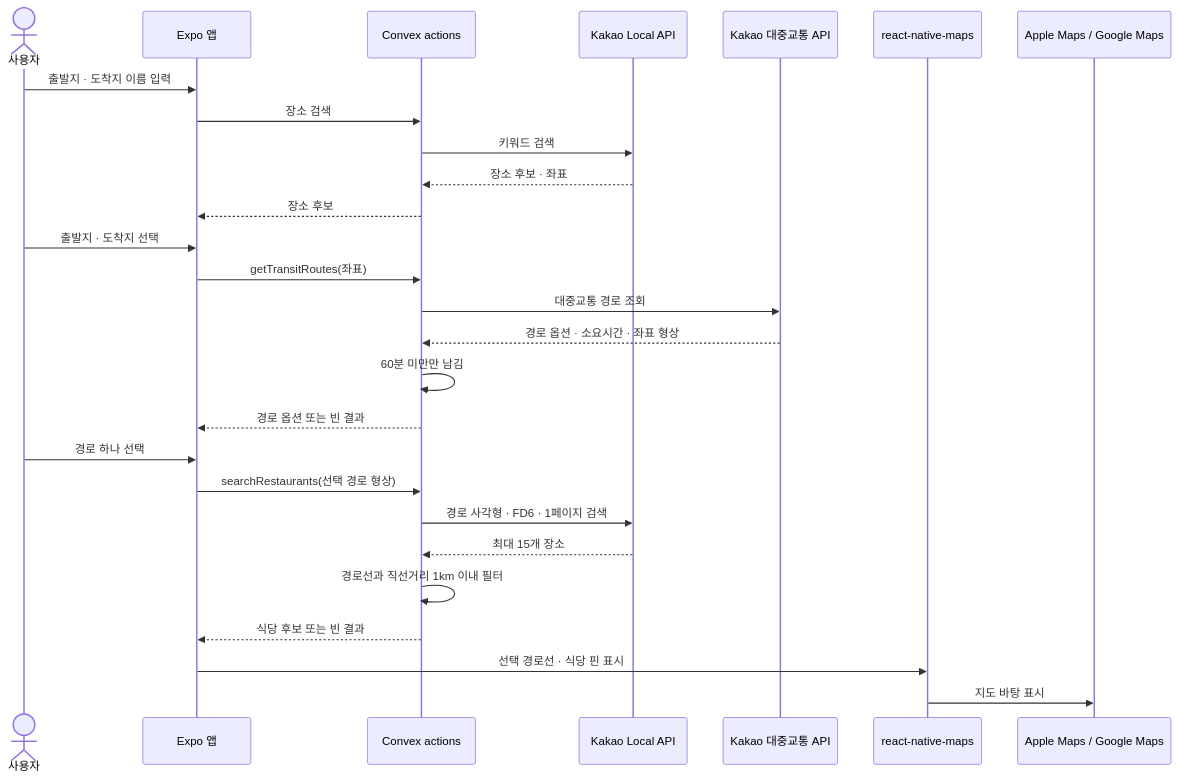
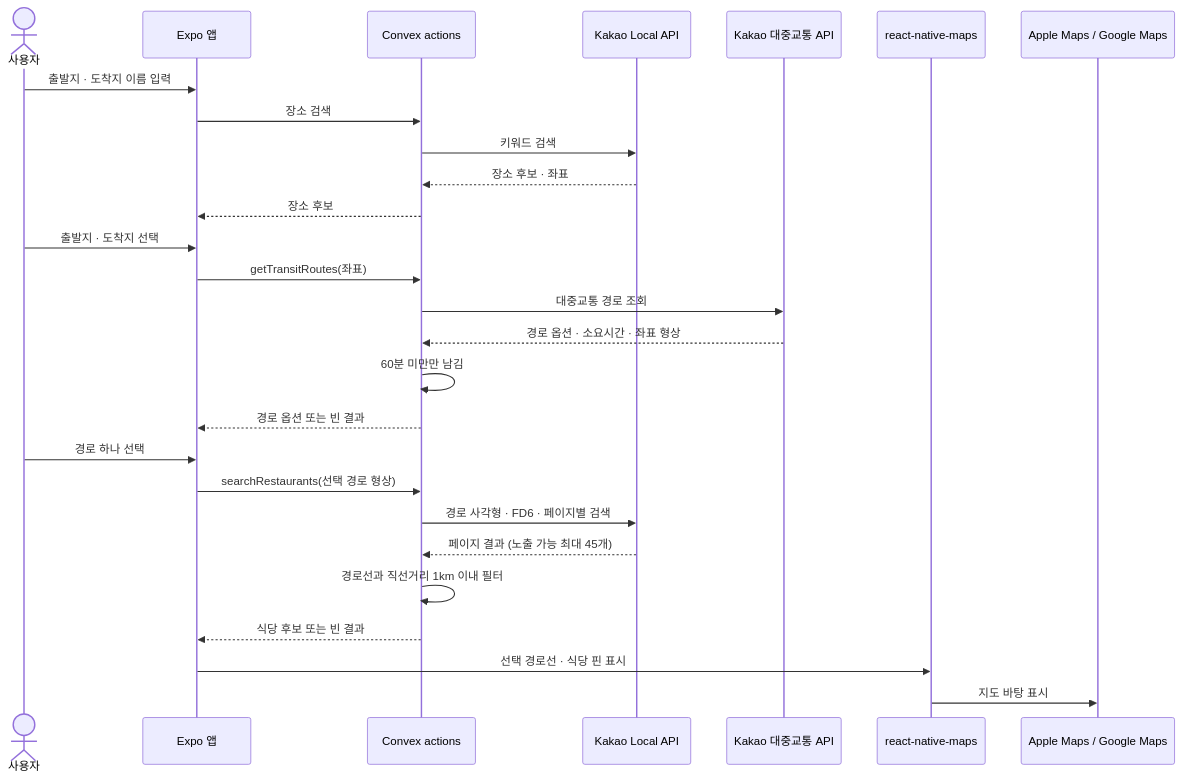
One commit to kimnamheeee/pe-seminar changed the diagram in docs/02-system-design.md. Above: the diagram before and after it, drawn with Mermaid. The commit also changed other lines of this file and 2 other files, not shown here.

````diff
--- a/docs/02-system-design.md
+++ b/docs/02-system-design.md
@@ -21,30 +21,30 @@
 ```mermaid
 sequenceDiagram
   actor User as 사용자
   participant App as Expo 앱
   participant Convex as Convex actions
   participant Local as Kakao Local API
   participant Transit as Kakao 대중교통 API
   participant Map as react-native-maps
   participant Tiles as Apple Maps / Google Maps
 
   User->>App: 출발지 · 도착지 이름 입력
   App->>Convex: 장소 검색
   Convex->>Local: 키워드 검색
   Local-->>Convex: 장소 후보 · 좌표
   Convex-->>App: 장소 후보
   User->>App: 출발지 · 도착지 선택
   App->>Convex: getTransitRoutes(좌표)
   Convex->>Transit: 대중교통 경로 조회
   Transit-->>Convex: 경로 옵션 · 소요시간 · 좌표 형상
   Convex->>Convex: 60분 미만만 남김
   Convex-->>App: 경로 옵션 또는 빈 결과
   User->>App: 경로 하나 선택
   App->>Convex: searchRestaurants(선택 경로 형상)
-  Convex->>Local: 경로 사각형 · FD6 · 1페이지 검색
-  Local-->>Convex: 최대 15개 장소
+  Convex->>Local: 경로 사각형 · FD6 · 페이지별 검색
+  Local-->>Convex: 페이지 결과 (노출 가능 최대 45개)
   Convex->>Convex: 경로선과 직선거리 1km 이내 필터
   Convex-->>App: 식당 후보 또는 빈 결과
   App->>Map: 선택 경로선 · 식당 핀 표시
   Map->>Tiles: 지도 바탕 표시
 ```
````
